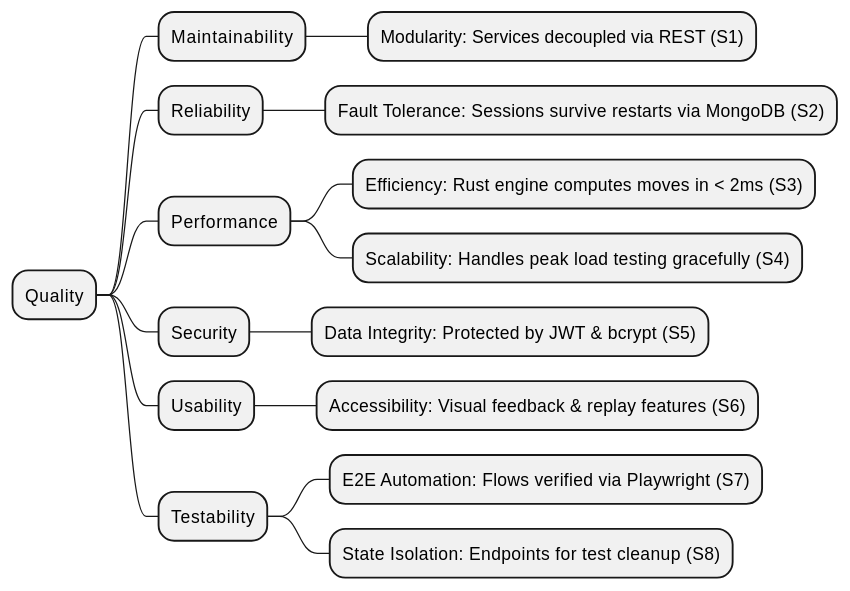
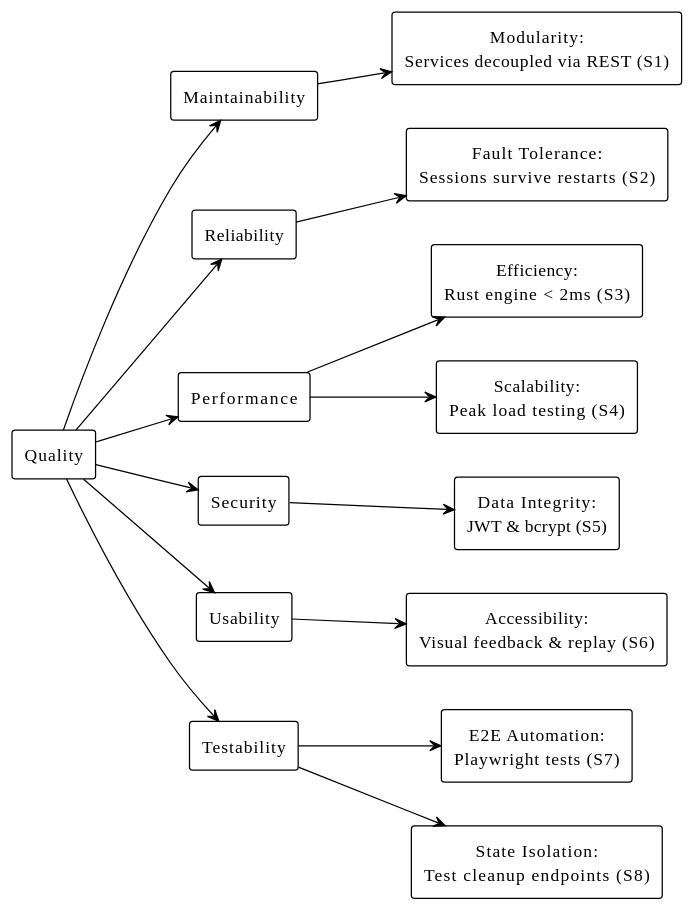
The diagram in docs/src/10_quality_requirements.adoc (Arquisoft/yovi_en1b), drawn with PlantUML before and after one commit.

```diff
--- a/docs/src/10_quality_requirements.adoc
+++ b/docs/src/10_quality_requirements.adoc
@@ -10,20 +10,49 @@
 [plantuml, quality_tree, png]
 ----
-@startmindmap
-* Quality
-** Maintainability
-*** Modularity: Services decoupled via REST (S1)
-** Reliability
-*** Fault Tolerance: Sessions survive restarts via MongoDB (S2)
-** Performance
-*** Efficiency: Rust engine computes moves in < 2ms (S3)
-*** Scalability: Handles peak load testing gracefully (S4)
-** Security
-*** Data Integrity: Protected by JWT & bcrypt (S5)
-** Usability
-*** Accessibility: Visual feedback & replay features (S6)
-** Testability
-*** E2E Automation: Flows verified via Playwright (S7)
-*** State Isolation: Endpoints for test cleanup (S8)
-@endmindmap
+@startuml
+!theme plain
+left to right direction
+skinparam defaultTextAlignment center
+skinparam rectangle {
+    Rounding 5
+}
+
+rectangle "Quality" as Q
+
+rectangle "Maintainability" as M
+rectangle "Reliability" as R
+rectangle "Performance" as P
+rectangle "Security" as S
+rectangle "Usability" as U
+rectangle "Testability" as T
+
+Q --> M
+Q --> R
+Q --> P
+Q --> S
+Q --> U
+Q --> T
+
+rectangle "Modularity:\nServices decoupled via REST (S1)" as S1
+M --> S1
+
+rectangle "Fault Tolerance:\nSessions survive restarts (S2)" as S2
+R --> S2
+
+rectangle "Efficiency:\nRust engine < 2ms (S3)" as S3
+rectangle "Scalability:\nPeak load testing (S4)" as S4
+P --> S3
+P --> S4
+
+rectangle "Data Integrity:\nJWT & bcrypt (S5)" as S5
+S --> S5
+
+rectangle "Accessibility:\nVisual feedback & replay (S6)" as S6
+U --> S6
+
+rectangle "E2E Automation:\nPlaywright tests (S7)" as S7
+rectangle "State Isolation:\nTest cleanup endpoints (S8)" as S8
+T --> S7
+T --> S8
+@enduml
 ----
```
